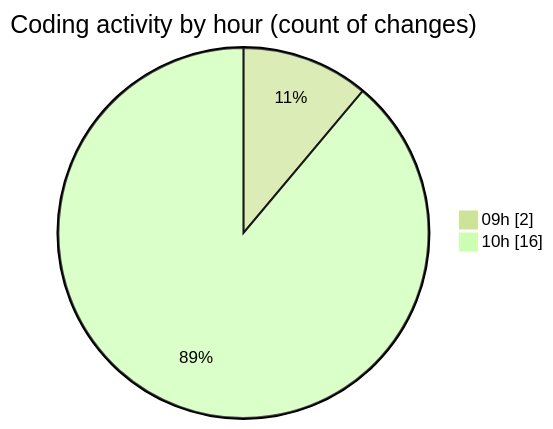
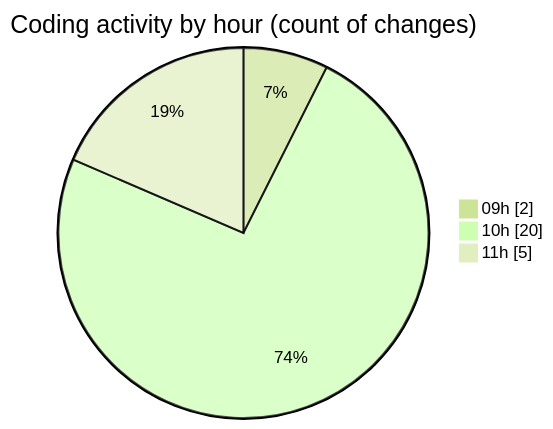
One commit to momahboobian/code-tracking changed the second of 2 diagrams in 2025-06-13/cda/README.md. Above: the diagram before and after it, drawn with Mermaid (forest theme). The commit also changed other lines of this file and 1 other file, not shown here.

````diff
--- a/2025-06-13/cda/README.md
+++ b/2025-06-13/cda/README.md
@@ -29,6 +29,7 @@
 ```mermaid
 pie showData
 title Coding activity by hour (count of changes)
 "09h" : 2
-"10h" : 16
+"10h" : 20
+"11h" : 5
 ```
````
